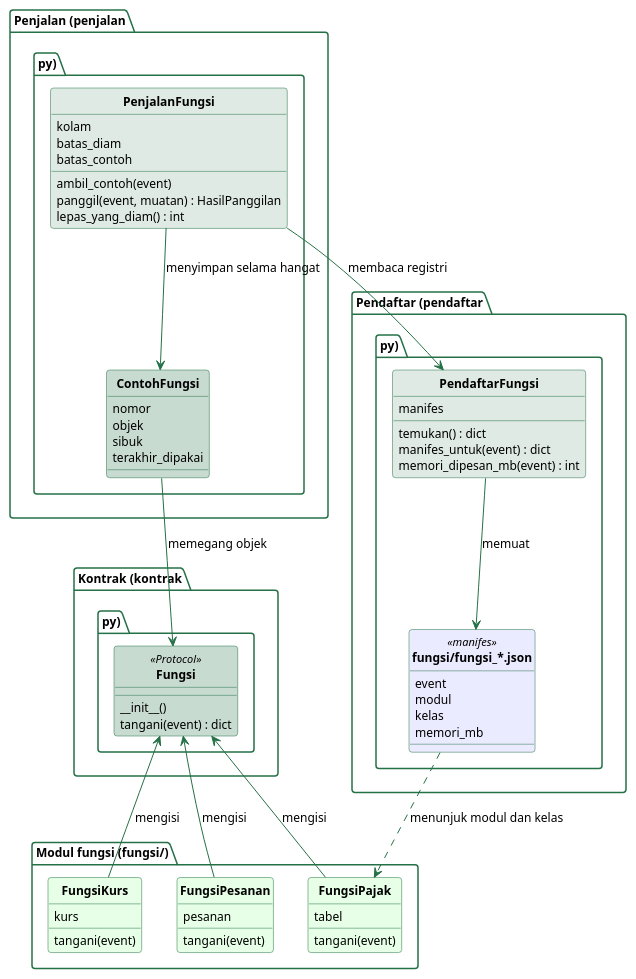
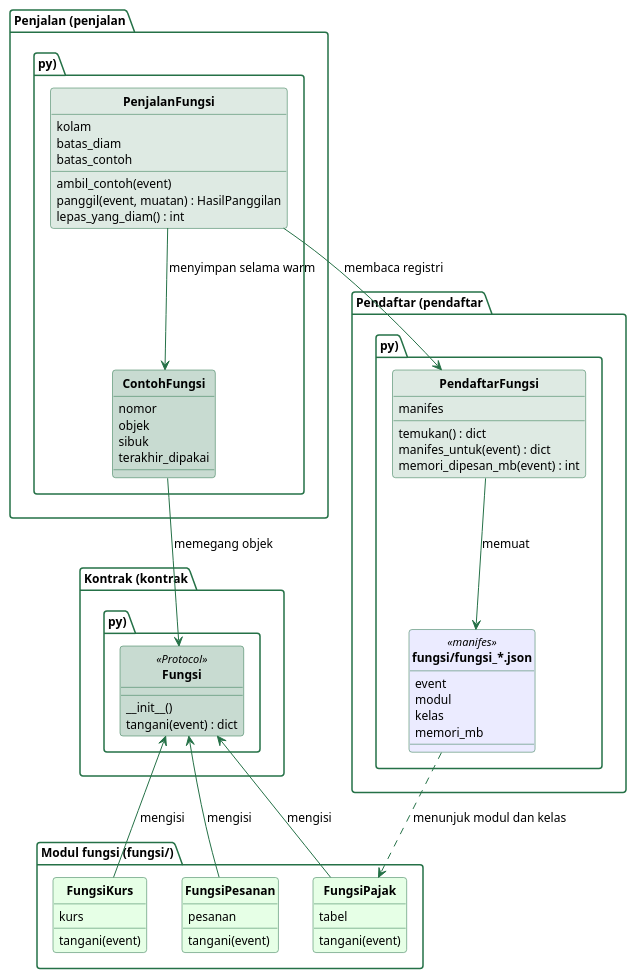
The diagram in sources/chapter14/diagram/kelas-serverless.puml (alfa-yohannis/software-architecture), drawn with PlantUML before and after one commit. The commit also changed other lines of this file and 19 other files, not shown here.

```diff
--- a/sources/chapter14/diagram/kelas-serverless.puml
+++ b/sources/chapter14/diagram/kelas-serverless.puml
@@ -12,90 +12,90 @@
 @startuml
 skinparam backgroundColor transparent
 skinparam defaultFontName Titillium Web
 skinparam defaultFontSize 13
 skinparam shadowing false
 skinparam roundCorner 6
 skinparam classAttributeIconSize 0
 skinparam classFontStyle bold
 skinparam ArrowColor #257147
 skinparam ArrowFontSize 12
 skinparam class {
   BorderColor #257147
   BackgroundColor #EBEBFF
   FontColor black
   AttributeFontSize 12
   StereotypeFontSize 11
 }
 skinparam package {
   BorderColor #257147
   BackgroundColor transparent
   FontColor black
   FontSize 12
 }
 hide circle
 
 package "Penjalan (penjalan.py)" {
   class PenjalanFungsi #DEEAE3 {
     kolam
     batas_diam
     batas_contoh
     ambil_contoh(event)
     panggil(event, muatan) : HasilPanggilan
     lepas_yang_diam() : int
   }
 
   class ContohFungsi #C8DBD1 {
     nomor
     objek
     sibuk
     terakhir_dipakai
   }
 }
 
 package "Kontrak (kontrak.py)" {
   class Fungsi <<Protocol>> #C8DBD1 {
     __init__()
     tangani(event) : dict
   }
 }
 
 package "Pendaftar (pendaftar.py)" {
   class PendaftarFungsi #DEEAE3 {
     manifes
     temukan() : dict
     manifes_untuk(event) : dict
     memori_dipesan_mb(event) : int
   }
 
   class "fungsi/fungsi_*.json" as Manifes <<manifes>> {
     event
     modul
     kelas
     memori_mb
   }
 }
 
 package "Modul fungsi (fungsi/)" {
   class FungsiKurs #E6FFE6 {
     kurs
     tangani(event)
   }
   class FungsiPesanan #E6FFE6 {
     pesanan
     tangani(event)
   }
   class FungsiPajak #E6FFE6 {
     tabel
     tangani(event)
   }
 }
 
 PenjalanFungsi -right-> PendaftarFungsi : membaca registri
-PenjalanFungsi -down-> ContohFungsi : menyimpan selama hangat
+PenjalanFungsi -down-> ContohFungsi : menyimpan selama warm
 ContohFungsi -down-> Fungsi : memegang objek
 PendaftarFungsi -down-> Manifes : memuat
 FungsiKurs -up-> Fungsi : mengisi
 FungsiPesanan -up-> Fungsi : mengisi
 FungsiPajak -up-> Fungsi : mengisi
 Manifes .down.> FungsiPajak : menunjuk modul dan kelas
 @enduml
```
